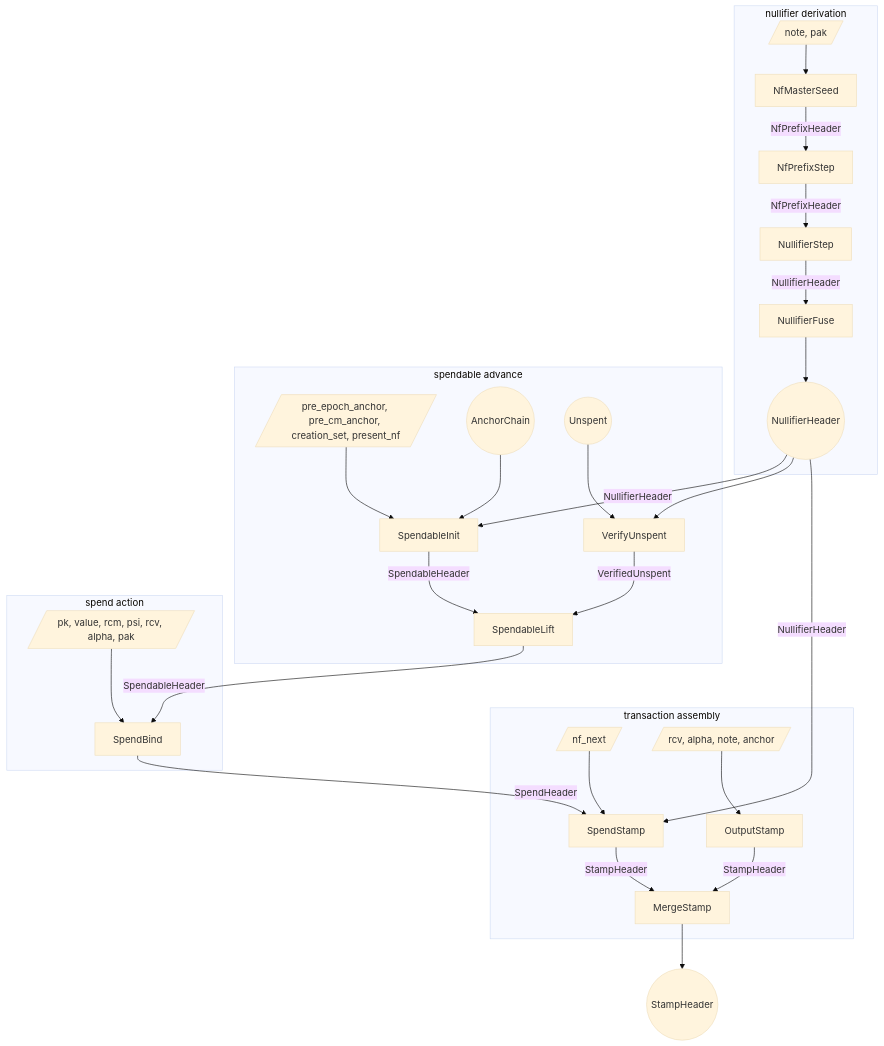
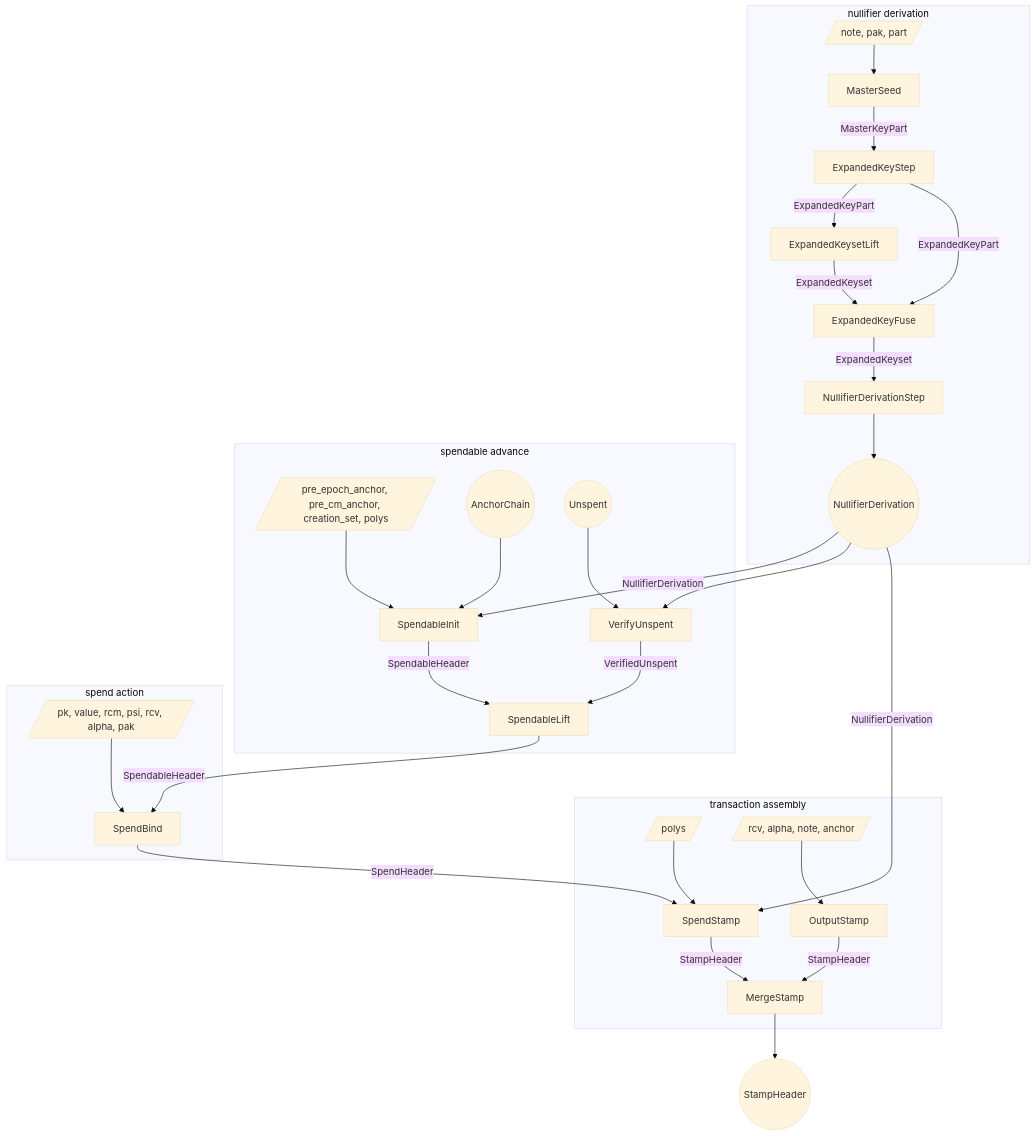
The first of 3 diagrams in book/src/proof-tree.md (tachyon-zcash/tachyon), drawn with Mermaid (base theme) before and after one commit. The commit also changed other lines of this file and 7 other files, not shown here.

````diff
--- a/book/src/proof-tree.md
+++ b/book/src/proof-tree.md
@@ -202,60 +206,63 @@
 ```mermaid
 flowchart TB
   subgraph derive [nullifier derivation]
-    w_seed[/note, pak/]
-    s_seed[NfMasterSeed]
-    s_walk[NfPrefixStep]
-    s_leaf[NullifierStep]
-    s_dfuse[NullifierFuse]
-    nf_range((NullifierHeader))
+    w_seed[/note, pak, part/]
+    s_seed[MasterSeed]
+    s_expand[ExpandedKeyStep]
+    s_klift[ExpandedKeysetLift]
+    s_kfuse[ExpandedKeyFuse]
+    s_derive[NullifierDerivationStep]
+    nf_derivation((NullifierDerivation))
   end
 
   subgraph spendable [spendable advance]
-    w_init[/pre_epoch_anchor, pre_cm_anchor, creation_set, present_nf/]
+    w_init[/pre_epoch_anchor, pre_cm_anchor, creation_set, polys/]
     anchor_init((AnchorChain))
     s_init[SpendableInit]
     unspent_in((Unspent))
     s_verify[VerifyUnspent]
     s_lift[SpendableLift]
   end
 
   subgraph spend_action [spend action]
     w_bind[/pk, value, rcm, psi, rcv, alpha, pak/]
     s_bind[SpendBind]
   end
 
   subgraph merge [transaction assembly]
-    w_stamp[/nf_next/]
+    w_stamp[/polys/]
     s_spendstamp[SpendStamp]
     w_output[/rcv, alpha, note, anchor/]
     s_output[OutputStamp]
     s_merge[MergeStamp]
   end
 
   stamp_out((StampHeader))
 
   w_seed --> s_seed
-  s_seed -->|NfPrefixHeader| s_walk
-  s_walk -->|NfPrefixHeader| s_leaf
-  s_leaf -->|NullifierHeader| s_dfuse
-  s_dfuse --> nf_range
+  s_seed -->|MasterKeyPart| s_expand
+  s_expand -->|ExpandedKeyPart| s_klift
+  s_klift -->|ExpandedKeyset| s_kfuse
+  s_expand -->|ExpandedKeyPart| s_kfuse
+  s_kfuse -->|ExpandedKeyset| s_derive
+  s_derive --> nf_derivation
 
   anchor_init --> s_init
-  nf_range -->|NullifierHeader| s_init
+  nf_derivation -->|NullifierDerivation| s_init
   w_init --> s_init
-  nf_range --> s_verify
+  nf_derivation --> s_verify
   unspent_in --> s_verify
   s_init -->|SpendableHeader| s_lift
   s_verify -->|VerifiedUnspent| s_lift
   s_lift -->|SpendableHeader| s_bind
 
   w_bind --> s_bind
   s_bind -->|SpendHeader| s_spendstamp
-  nf_range -->|NullifierHeader| s_spendstamp
+  nf_derivation -->|NullifierDerivation| s_spendstamp
   w_stamp --> s_spendstamp
 
   w_output --> s_output
   s_spendstamp -->|StampHeader| s_merge
   s_output -->|StampHeader| s_merge
   s_merge --> stamp_out
 ```
````
